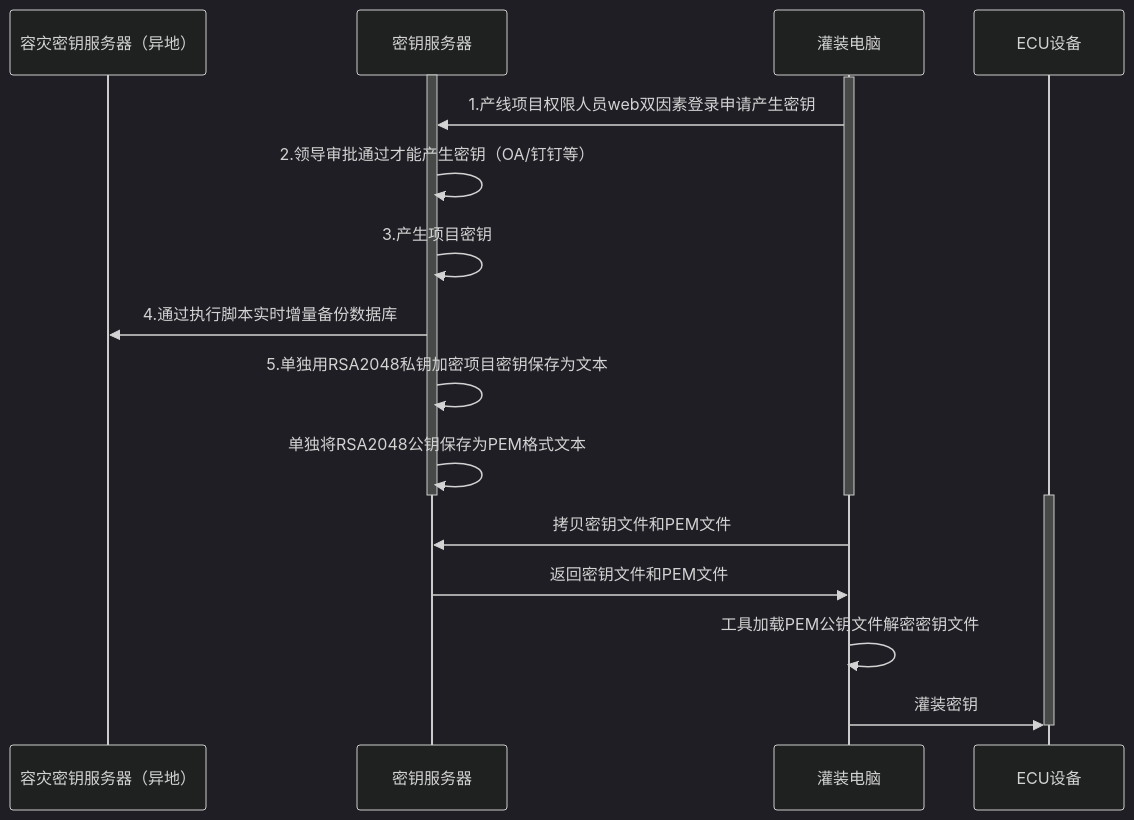
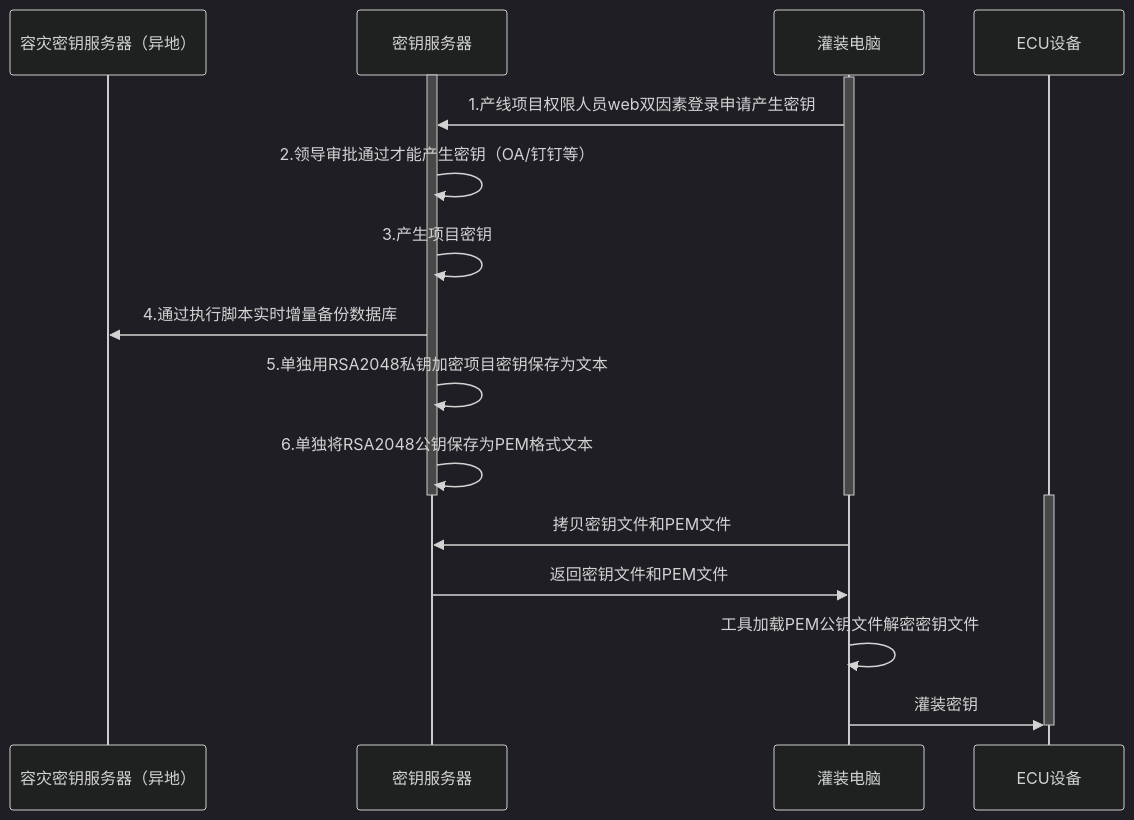
One commit to facebook-cloud/iodraw-files changed the diagram in all/未命名-15.md. Above: the diagram before and after it, drawn with Mermaid (dark theme).

Commit message:
2026-02-11 19:42:40 update

````diff
--- a/all/未命名-15.md
+++ b/all/未命名-15.md
@@ -1,26 +1,26 @@
 ```mermaid
 sequenceDiagram
     participant A as 容灾密钥服务器（异地）
     participant B as 密钥服务器
     participant D as 灌装电脑
     participant E as ECU设备
 
     activate B
     activate D
     D->>B: 1.产线项目权限人员web双因素登录申请产生密钥
     B->>B: 2.领导审批通过才能产生密钥（OA/钉钉等）
     B->>B: 3.产生项目密钥
     B->>A: 4.通过执行脚本实时增量备份数据库
     B->>B: 5.单独用RSA2048私钥加密项目密钥保存为文本
-    B->>B: 单独将RSA2048公钥保存为PEM格式文本
+    B->>B: 6.单独将RSA2048公钥保存为PEM格式文本
     deactivate B
     deactivate D
 
     activate E
     D->>B: 拷贝密钥文件和PEM文件
     B->>D: 返回密钥文件和PEM文件
     D->>D:工具加载PEM公钥文件解密密钥文件
     D->>E: 灌装密钥
     deactivate E
 
 ```
````
